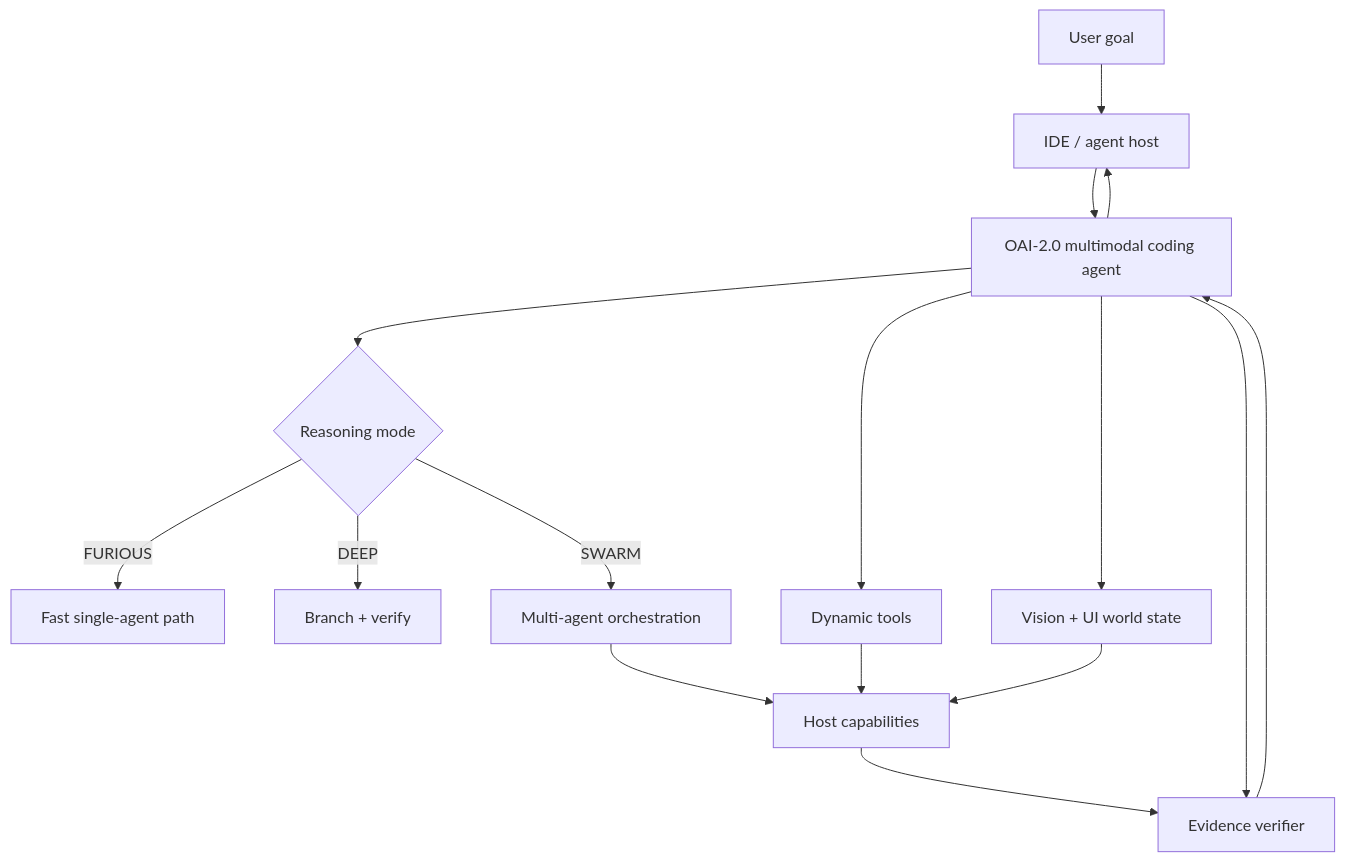
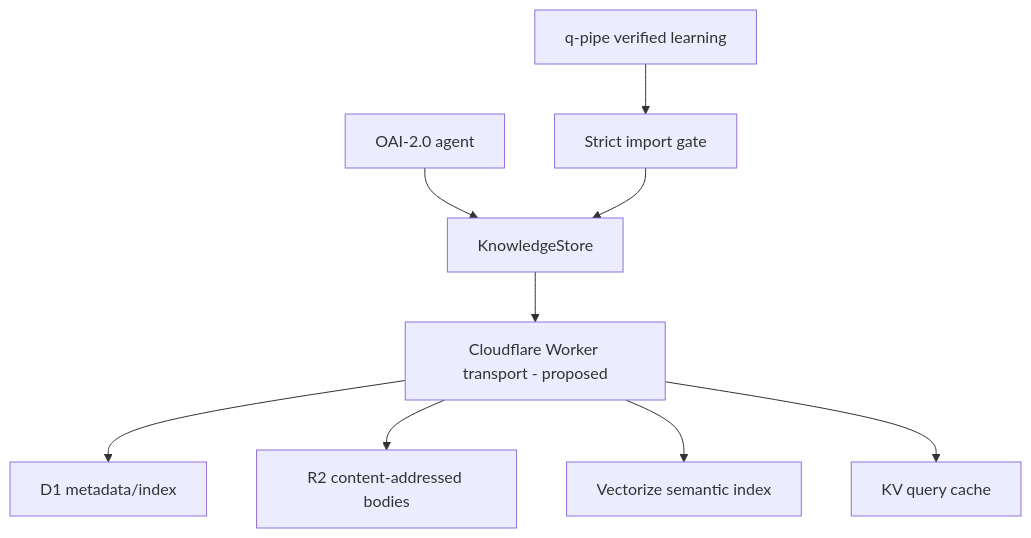
One commit to ORCHORDS-LCC/OAI-2.0 changed the diagram in README.md. Above: the diagram before and after it, drawn with Mermaid. The commit also changed other lines of this file and 23 other files, not shown here.

````diff
--- a/README.md
+++ b/README.md
@@ -38,18 +72,11 @@
 ```mermaid
 flowchart TD
-    U[User goal] --> H[IDE / agent host]
-    H --> C[OAI-2.0 multimodal coding agent]
-    C --> R{Reasoning mode}
-    R -->|FURIOUS| F[Fast single-agent path]
-    R -->|DEEP| D[Branch + verify]
-    R -->|SWARM| S[Multi-agent orchestration]
-    C --> T[Dynamic tools]
-    C --> V[Vision + UI world state]
-    C --> E[Evidence verifier]
-    T --> X[Host capabilities]
-    V --> X
-    S --> X
-    X --> E
-    E --> C
-    C --> H
+    A[OAI-2.0 agent] --> K[KnowledgeStore]
+    K --> W[Cloudflare Worker transport - proposed]
+    W --> D[D1 metadata/index]
+    W --> R[R2 content-addressed bodies]
+    W --> V[Vectorize semantic index]
+    W --> C[KV query cache]
+    Q[q-pipe verified learning] --> I[Strict import gate]
+    I --> K
 ```
````
